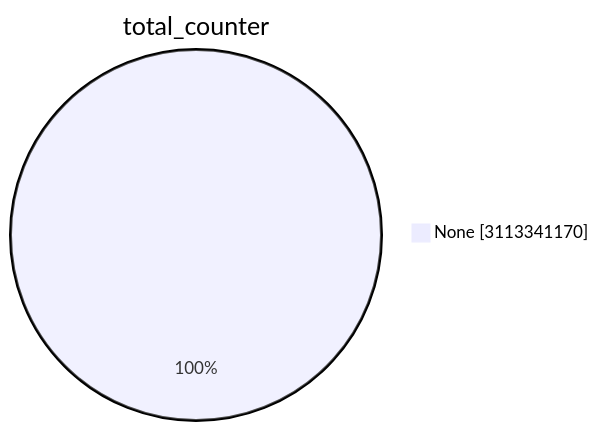
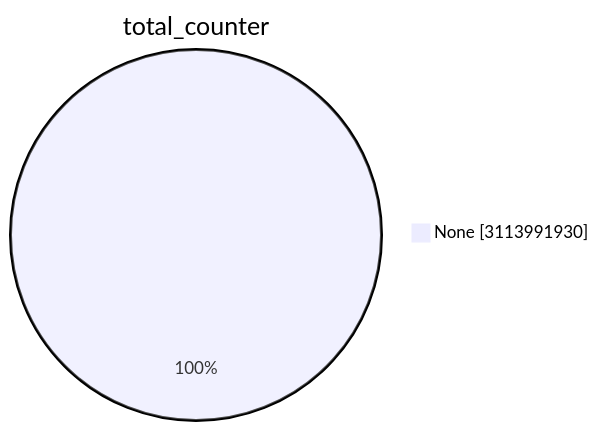
One commit to christiankrug/ctmonitor_visualization changed the first of 15 diagrams in TOTAL/README.md. Above: the diagram before and after it, drawn with Mermaid. The commit also changed other lines of this file, not shown here.

````diff
--- a/TOTAL/README.md
+++ b/TOTAL/README.md
@@ -1,5 +1,5 @@
 ```mermaid
 pie showData
 title total_counter
-"None" :3113341170
+"None" :3113991930
 ```
````
